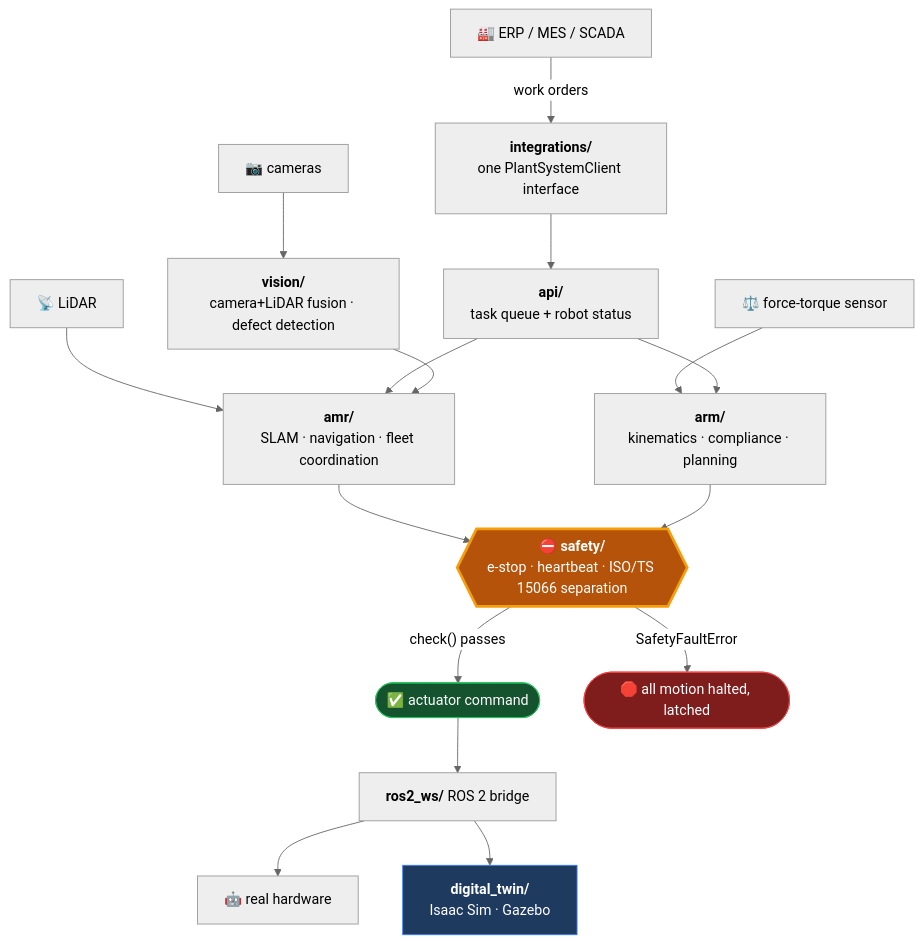
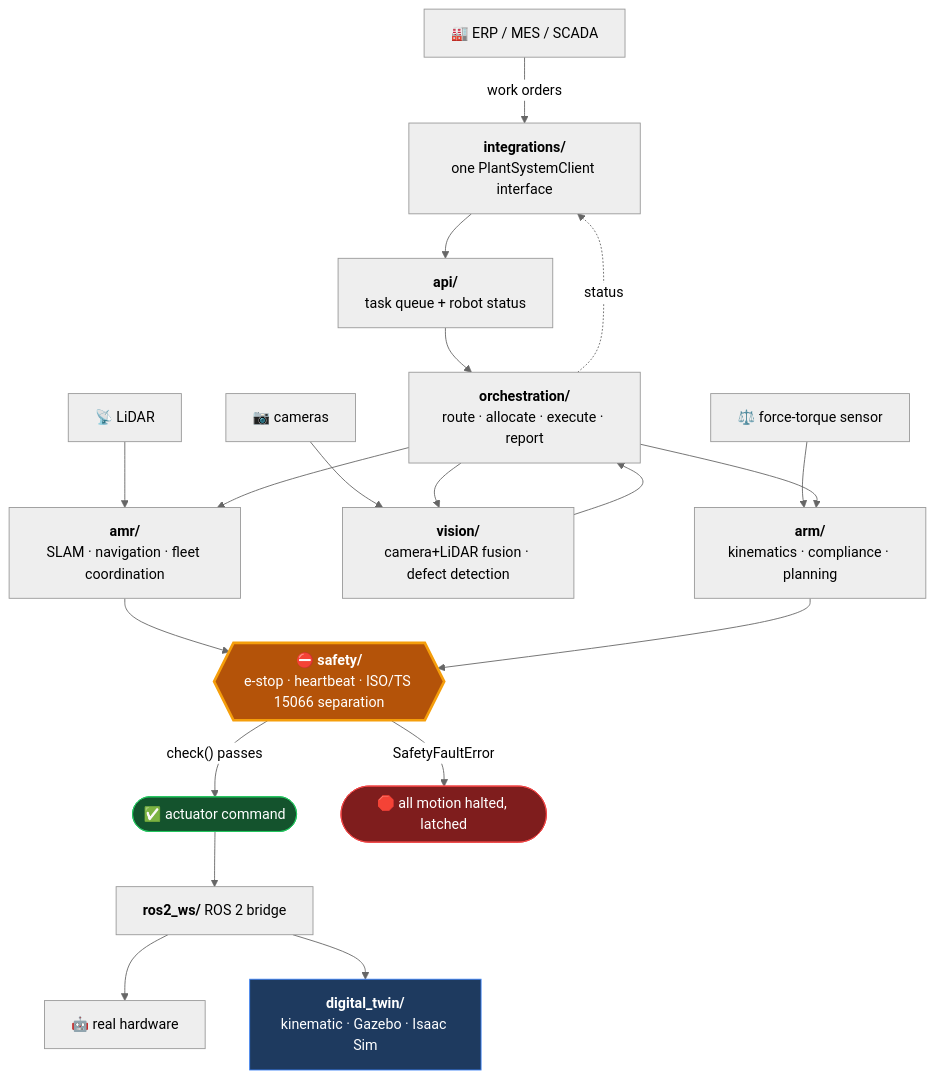
One commit to MustafaRajihAli/advanced-robotics changed the diagram in README.md. Above: the diagram before and after it, drawn with Mermaid (neutral theme). The commit also changed other lines of this file and 18 other files, not shown here.

First line of the commit message:
Phase 5: end-to-end plant integration with a runnable digital twin

````diff
--- a/README.md
+++ b/README.md
@@ -36,29 +36,32 @@
 ```mermaid
 flowchart TD
     PLANT["🏭 ERP / MES / SCADA"] -->|work orders| INT["<b>integrations/</b><br/>one PlantSystemClient interface"]
     INT --> API["<b>api/</b><br/>task queue + robot status"]
 
     LID["📡 LiDAR"] --> AMR
     CAM["📷 cameras"] --> VIS
     FT["⚖️ force-torque sensor"] --> ARM
 
-    API --> AMR["<b>amr/</b><br/>SLAM · navigation · fleet coordination"]
-    API --> ARM["<b>arm/</b><br/>kinematics · compliance · planning"]
-    VIS["<b>vision/</b><br/>camera+LiDAR fusion · defect detection"] --> AMR
+    API --> ORCH["<b>orchestration/</b><br/>route · allocate · execute · report"]
+    ORCH --> AMR["<b>amr/</b><br/>SLAM · navigation · fleet coordination"]
+    ORCH --> ARM["<b>arm/</b><br/>kinematics · compliance · planning"]
+    ORCH --> VIS
+    VIS["<b>vision/</b><br/>camera+LiDAR fusion · defect detection"] --> ORCH
+    ORCH -.->|status| INT
 
     AMR --> SAFE
     ARM --> SAFE
 
     SAFE{{"⛔ <b>safety/</b><br/>e-stop · heartbeat · ISO/TS 15066 separation"}}
     SAFE -->|"check() passes"| ACT(["✅ actuator command"])
     SAFE -->|"SafetyFaultError"| HALT(["🛑 all motion halted, latched"])
 
     ACT --> BRIDGE["<b>ros2_ws/</b> ROS 2 bridge"]
     BRIDGE --> HW["🤖 real hardware"]
-    BRIDGE --> TWIN["<b>digital_twin/</b><br/>Isaac Sim · Gazebo"]
+    BRIDGE --> TWIN["<b>digital_twin/</b><br/>kinematic · Gazebo · Isaac Sim"]
 
     style SAFE fill:#b45309,stroke:#f59e0b,stroke-width:3px,color:#fff
     style ACT fill:#14532d,stroke:#22c55e,color:#fff
     style HALT fill:#7f1d1d,stroke:#ef4444,color:#fff
     style TWIN fill:#1e3a5f,stroke:#3b82f6,color:#fff
 ```
````
